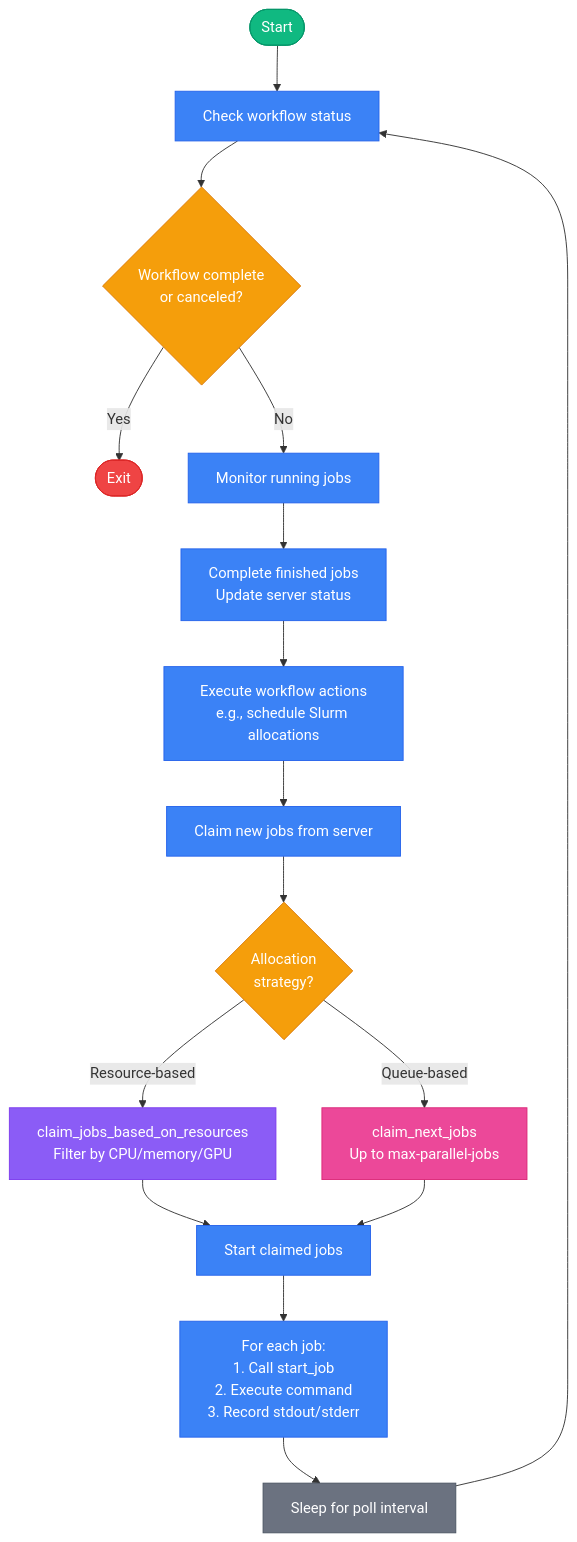
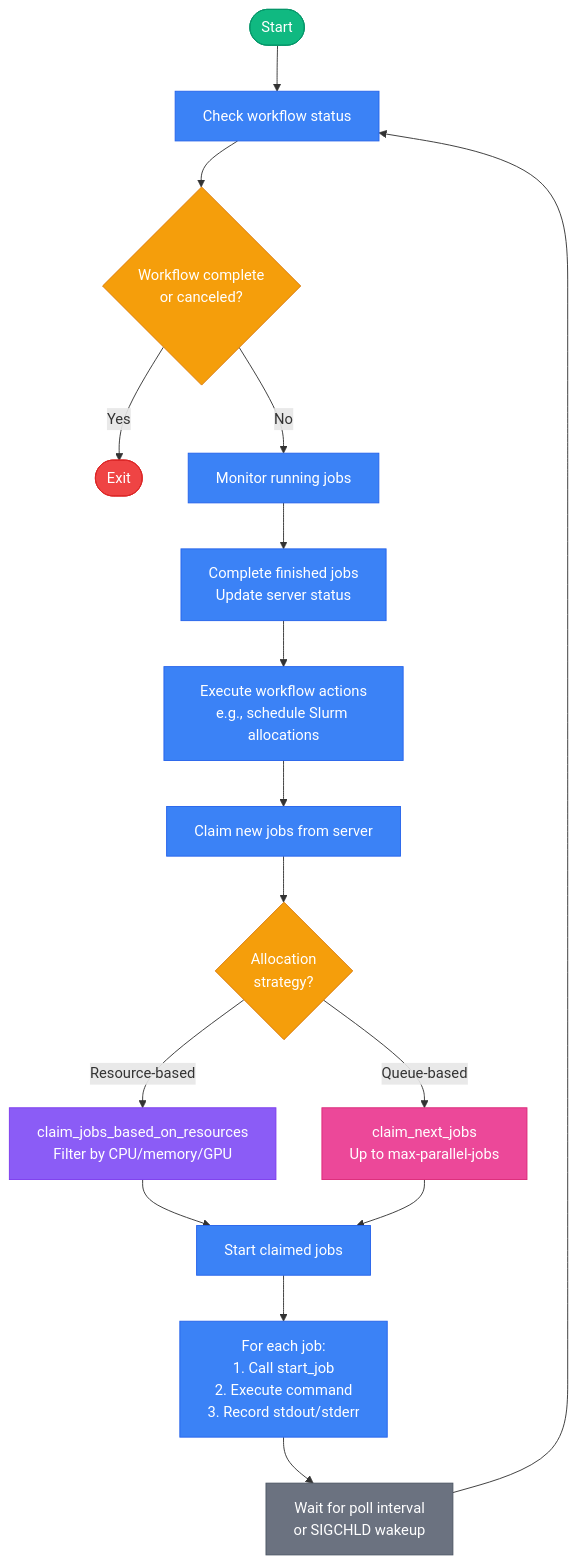
The diagram in docs/src/core/concepts/job-runners.md (nreinicke/torc), drawn with Mermaid before and after one commit. The commit also changed other lines of this file and 151 other files, not shown here.

````diff
--- a/docs/src/core/concepts/job-runners.md
+++ b/docs/src/core/concepts/job-runners.md
@@ -120,33 +123,33 @@
 ```mermaid
 flowchart TD
     Start([Start]) --> CheckStatus[Check workflow status]
     CheckStatus --> IsComplete{Workflow complete<br/>or canceled?}
     IsComplete -->|Yes| End([Exit])
     IsComplete -->|No| MonitorJobs[Monitor running jobs]
     MonitorJobs --> CompleteFinished[Complete finished jobs<br/>Update server status]
     CompleteFinished --> ExecuteActions[Execute workflow actions<br/>e.g., schedule Slurm allocations]
     ExecuteActions --> ClaimJobs[Claim new jobs from server]
     ClaimJobs --> ResourceCheck{Allocation<br/>strategy?}
     ResourceCheck -->|Resource-based| ClaimResources[claim_jobs_based_on_resources<br/>Filter by CPU/memory/GPU]
     ResourceCheck -->|Queue-based| ClaimQueue[claim_next_jobs<br/>Up to max-parallel-jobs]
     ClaimResources --> StartJobs
     ClaimQueue --> StartJobs
     StartJobs[Start claimed jobs] --> ForEachJob[For each job:<br/>1. Call start_job<br/>2. Execute command<br/>3. Record stdout/stderr]
-    ForEachJob --> Sleep[Sleep for poll interval]
-    Sleep --> CheckStatus
+    ForEachJob --> Wait[Wait for poll interval<br/>or SIGCHLD wakeup]
+    Wait --> CheckStatus
 
     style Start fill:#10b981,stroke:#059669,color:#fff
     style End fill:#ef4444,stroke:#dc2626,color:#fff
     style IsComplete fill:#f59e0b,stroke:#d97706,color:#fff
     style ResourceCheck fill:#f59e0b,stroke:#d97706,color:#fff
     style CheckStatus fill:#3b82f6,stroke:#2563eb,color:#fff
     style MonitorJobs fill:#3b82f6,stroke:#2563eb,color:#fff
     style CompleteFinished fill:#3b82f6,stroke:#2563eb,color:#fff
     style ExecuteActions fill:#3b82f6,stroke:#2563eb,color:#fff
     style ClaimJobs fill:#3b82f6,stroke:#2563eb,color:#fff
     style StartJobs fill:#3b82f6,stroke:#2563eb,color:#fff
     style ForEachJob fill:#3b82f6,stroke:#2563eb,color:#fff
-    style Sleep fill:#6b7280,stroke:#4b5563,color:#fff
+    style Wait fill:#6b7280,stroke:#4b5563,color:#fff
     style ClaimResources fill:#8b5cf6,stroke:#7c3aed,color:#fff
     style ClaimQueue fill:#ec4899,stroke:#db2777,color:#fff
 ```
````
